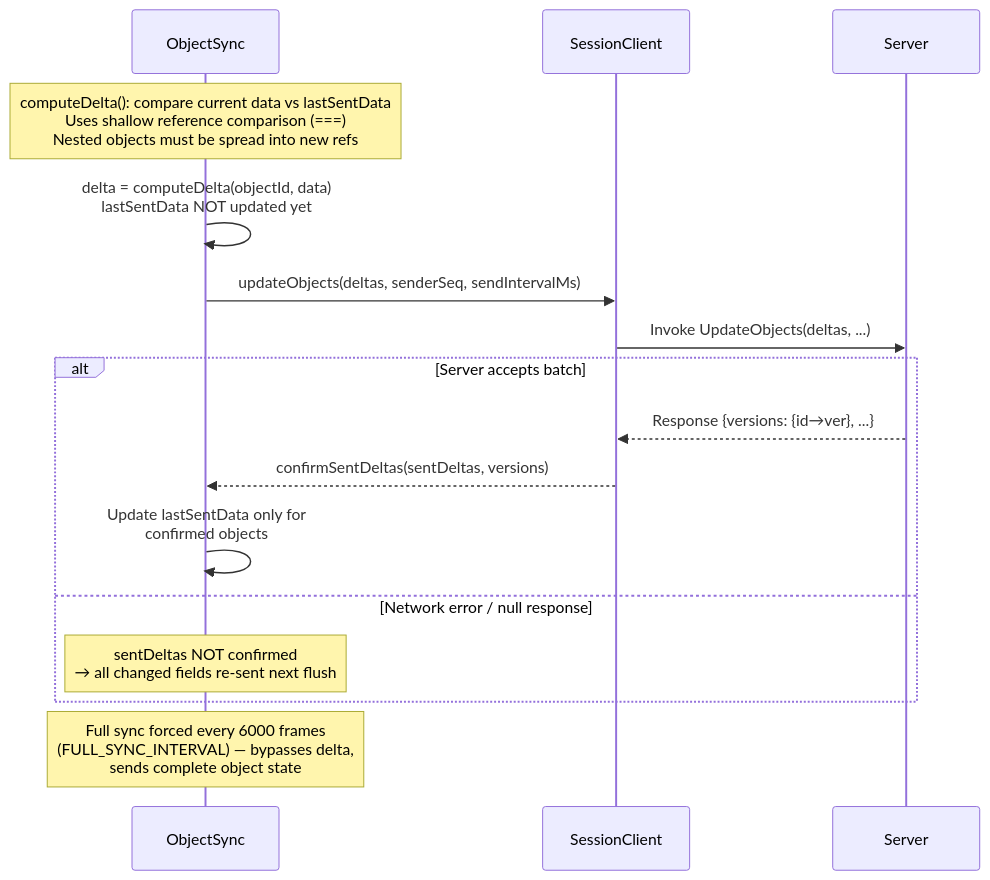
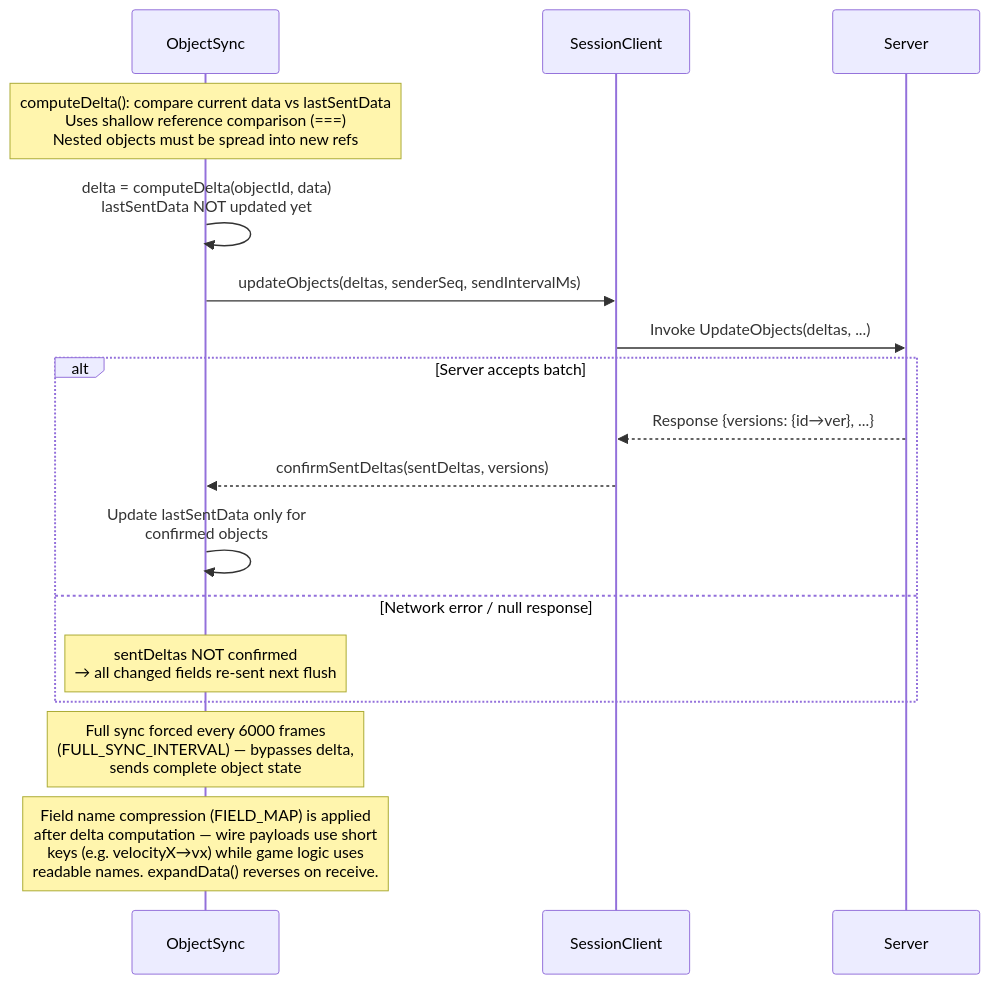
Before and after one commit to badvoidstar/asteroids: diagram 27 of 32 in ARCHITECTURE.md, drawn with Mermaid. The commit also changed other lines of this file, not shown here.

First line of the commit message:
Update ARCHITECTURE.md for OCC removal and field compression

````diff
--- a/ARCHITECTURE.md
+++ b/ARCHITECTURE.md
@@ -705,23 +702,25 @@
 ```mermaid
 sequenceDiagram
     participant OS as ObjectSync
     participant SC as SessionClient
     participant SRV as Server
 
     Note over OS: computeDelta(): compare current data vs lastSentData<br/>Uses shallow reference comparison (===)<br/>Nested objects must be spread into new refs
 
     OS->>OS: delta = computeDelta(objectId, data)<br/>lastSentData NOT updated yet
 
     OS->>SC: updateObjects(deltas, senderSeq, sendIntervalMs)
     SC->>SRV: Invoke UpdateObjects(deltas, ...)
 
     alt Server accepts batch
         SRV-->>SC: Response {versions: {id→ver}, ...}
         SC-->>OS: confirmSentDeltas(sentDeltas, versions)
         OS->>OS: Update lastSentData only for<br/>confirmed objects
     else Network error / null response
         Note over OS: sentDeltas NOT confirmed<br/>→ all changed fields re-sent next flush
     end
 
     Note over OS: Full sync forced every 6000 frames<br/>(FULL_SYNC_INTERVAL) — bypasses delta,<br/>sends complete object state
+
+    Note over OS: Field name compression (FIELD_MAP) is applied<br/>after delta computation — wire payloads use short<br/>keys (e.g. velocityX→vx) while game logic uses<br/>readable names. expandData() reverses on receive.
 ```
````
